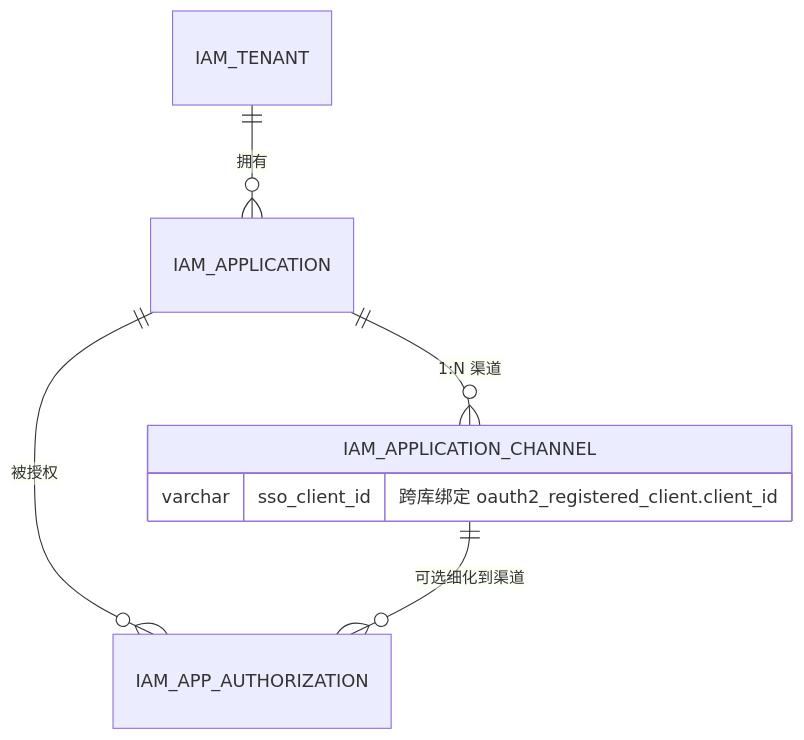
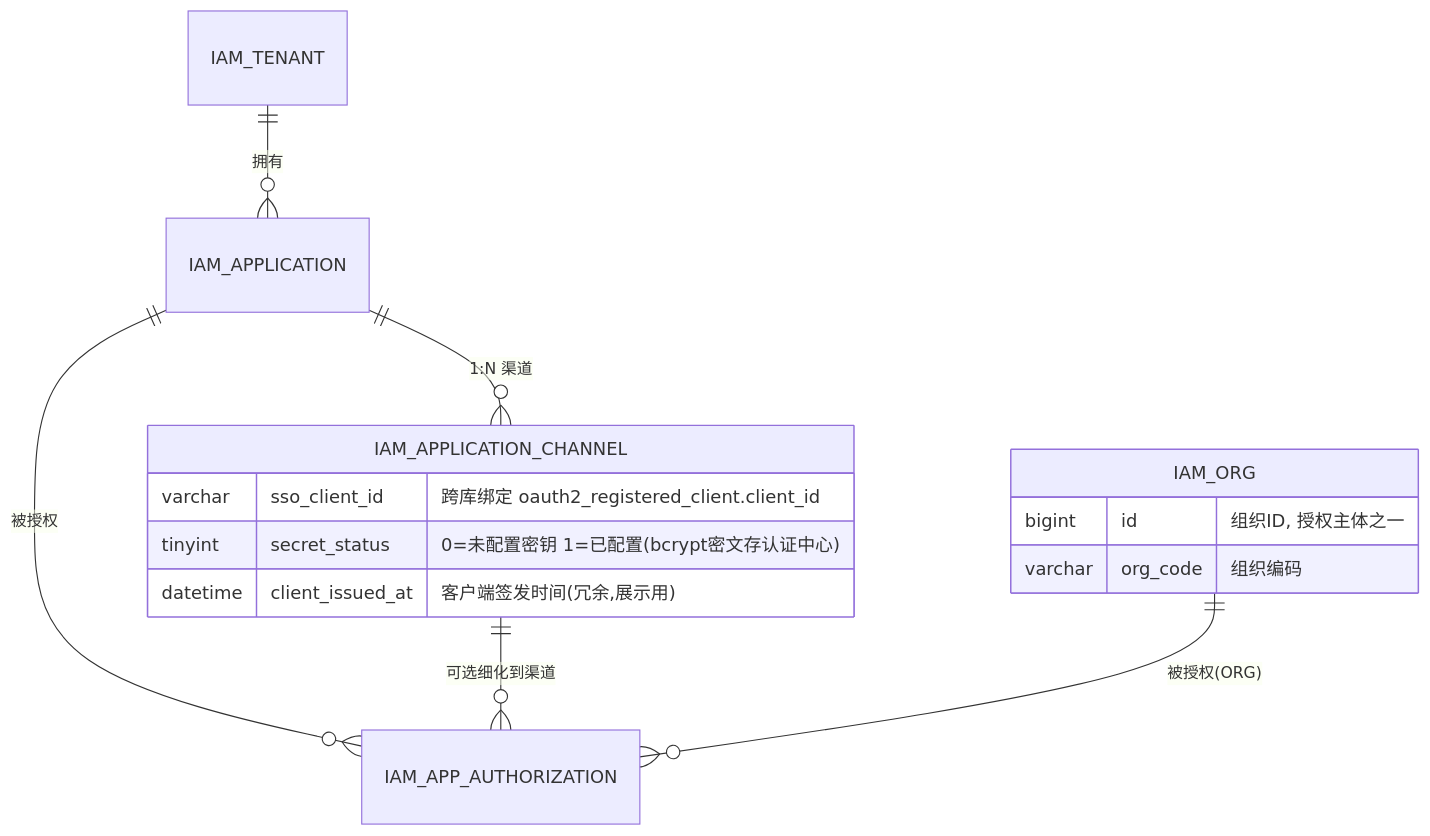
One commit to xzh-net/spring-boot3-demo changed the diagram in iam-platform/docs/应用数据模型设计.md. Above: the diagram before and after it, drawn with Mermaid. The commit also changed other lines of this file and 117 other files, not shown here.

````diff
--- a/iam-platform/docs/应用数据模型设计.md
+++ b/iam-platform/docs/应用数据模型设计.md
@@ -37,11 +46,19 @@
 ```mermaid
 erDiagram
     IAM_TENANT ||--o{ IAM_APPLICATION : "拥有"
     IAM_APPLICATION ||--o{ IAM_APPLICATION_CHANNEL : "1:N 渠道"
     IAM_APPLICATION ||--o{ IAM_APP_AUTHORIZATION : "被授权"
     IAM_APPLICATION_CHANNEL ||--o{ IAM_APP_AUTHORIZATION : "可选细化到渠道"
+    IAM_ORG ||--o{ IAM_APP_AUTHORIZATION : "被授权(ORG)"
 
     IAM_APPLICATION_CHANNEL {
         varchar sso_client_id "跨库绑定 oauth2_registered_client.client_id"
+        tinyint secret_status "0=未配置密钥 1=已配置(bcrypt密文存认证中心)"
+        datetime client_issued_at "客户端签发时间(冗余,展示用)"
+    }
+
+    IAM_ORG {
+        bigint id "组织ID, 授权主体之一"
+        varchar org_code "组织编码"
     }
 ```
````
